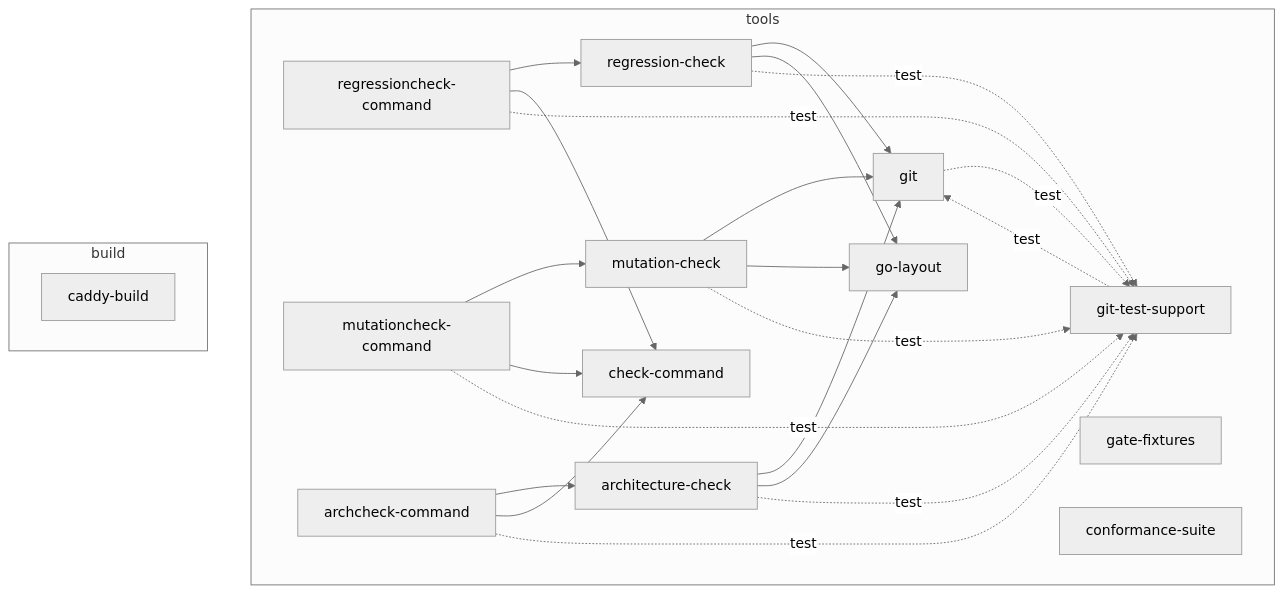
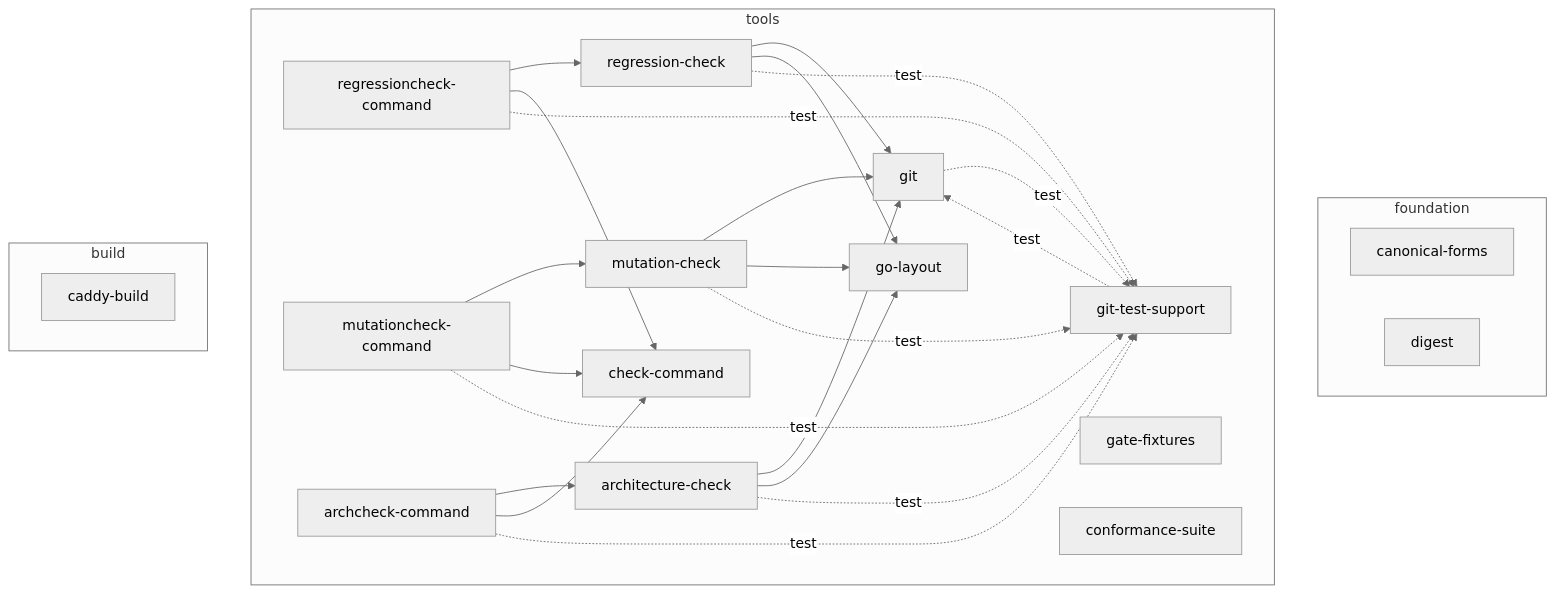
One commit to OpenRAE/lilrae changed the diagram in docs/architecture/go-architecture.md. Above: the diagram before and after it, drawn with Mermaid (neutral theme). The commit also changed 4 other files, not shown here.

First line of the commit message:
docs: record the design of the canonical forms and the digests

````diff
--- a/docs/architecture/go-architecture.md
+++ b/docs/architecture/go-architecture.md
@@ -17,40 +17,44 @@
 ```mermaid
 flowchart TB
+    subgraph layer_foundation[foundation]
+        component_canonical_forms[canonical-forms]
+        component_digest[digest]
+    end
     subgraph layer_tools[tools]
         component_regressioncheck_command[regressioncheck-command]
         component_mutationcheck_command[mutationcheck-command]
         component_archcheck_command[archcheck-command]
         component_regression_check[regression-check]
         component_mutation_check[mutation-check]
         component_architecture_check[architecture-check]
         component_check_command[check-command]
         component_go_layout[go-layout]
         component_git[git]
         component_git_test_support[git-test-support]
         component_gate_fixtures[gate-fixtures]
         component_conformance_suite[conformance-suite]
     end
     subgraph layer_build[build]
         component_caddy_build[caddy-build]
     end
     component_regressioncheck_command --> component_regression_check
     component_regressioncheck_command --> component_check_command
     component_regressioncheck_command -. test .-> component_git_test_support
     component_mutationcheck_command --> component_mutation_check
     component_mutationcheck_command --> component_check_command
     component_mutationcheck_command -. test .-> component_git_test_support
     component_archcheck_command --> component_architecture_check
     component_archcheck_command --> component_check_command
     component_archcheck_command -. test .-> component_git_test_support
     component_regression_check --> component_git
     component_regression_check --> component_go_layout
     component_regression_check -. test .-> component_git_test_support
     component_mutation_check --> component_git
     component_mutation_check --> component_go_layout
     component_mutation_check -. test .-> component_git_test_support
     component_architecture_check --> component_git
     component_architecture_check --> component_go_layout
     component_architecture_check -. test .-> component_git_test_support
     component_git -. test .-> component_git_test_support
     component_git_test_support -. test .-> component_git
 ```
````
